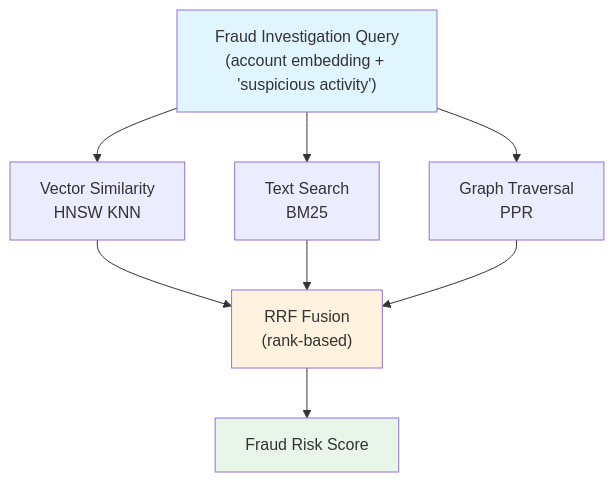
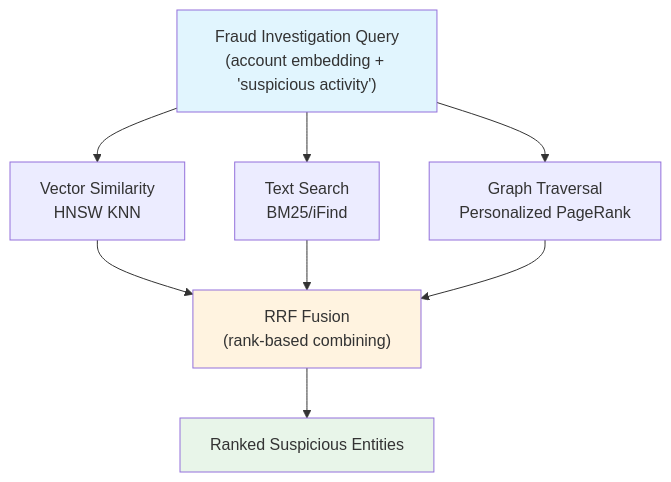
One commit to intersystems-community/iris-vector-graph changed the second of 2 diagrams in docs/article_dc_contest.md. Above: the diagram before and after it, drawn with Mermaid. The commit also changed other lines of this file, not shown here.

First line of the commit message:
docs: enhance fraud detection article with narrative, diagrams, and industry context

````diff
--- a/docs/article_dc_contest.md
+++ b/docs/article_dc_contest.md
@@ -45,18 +105,18 @@
 ```mermaid
 flowchart TD
     Query["Fraud Investigation Query<br/>(account embedding + 'suspicious activity')"]
     
     Query --> Vector["Vector Similarity<br/>HNSW KNN"]
-    Query --> Text["Text Search<br/>BM25"]
-    Query --> Graph["Graph Traversal<br/>PPR"]
+    Query --> Text["Text Search<br/>BM25/iFind"]
+    Query --> Graph["Graph Traversal<br/>Personalized PageRank"]
     
-    Vector --> RRF["RRF Fusion<br/>(rank-based)"]
+    Vector --> RRF["RRF Fusion<br/>(rank-based combining)"]
     Text --> RRF
     Graph --> RRF
     
-    RRF --> Result["Fraud Risk Score"]
+    RRF --> Result["Ranked Suspicious Entities"]
     
     style Query fill:#e1f5fe
     style RRF fill:#fff3e0
     style Result fill:#e8f5e9
 ```
````
